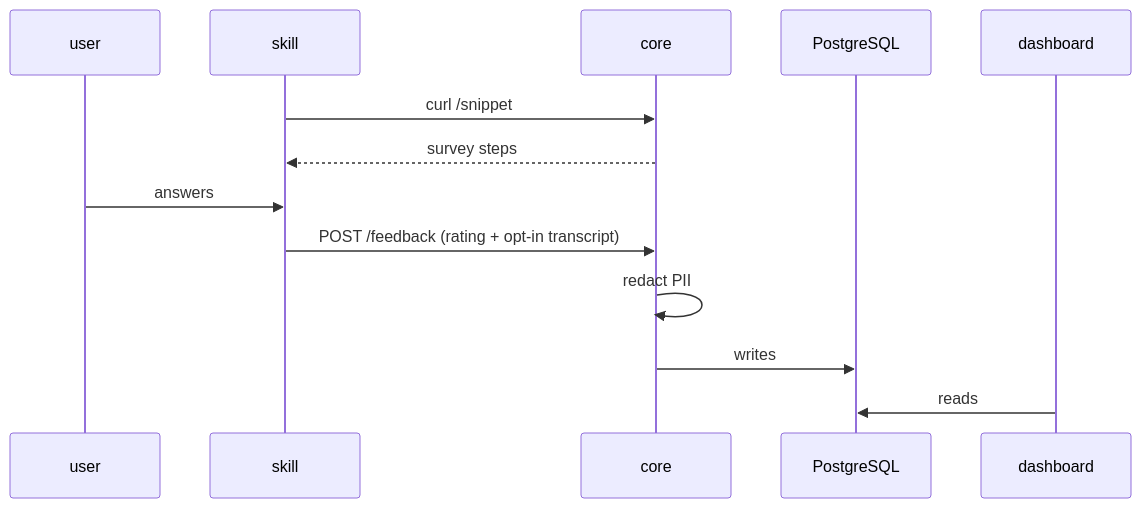
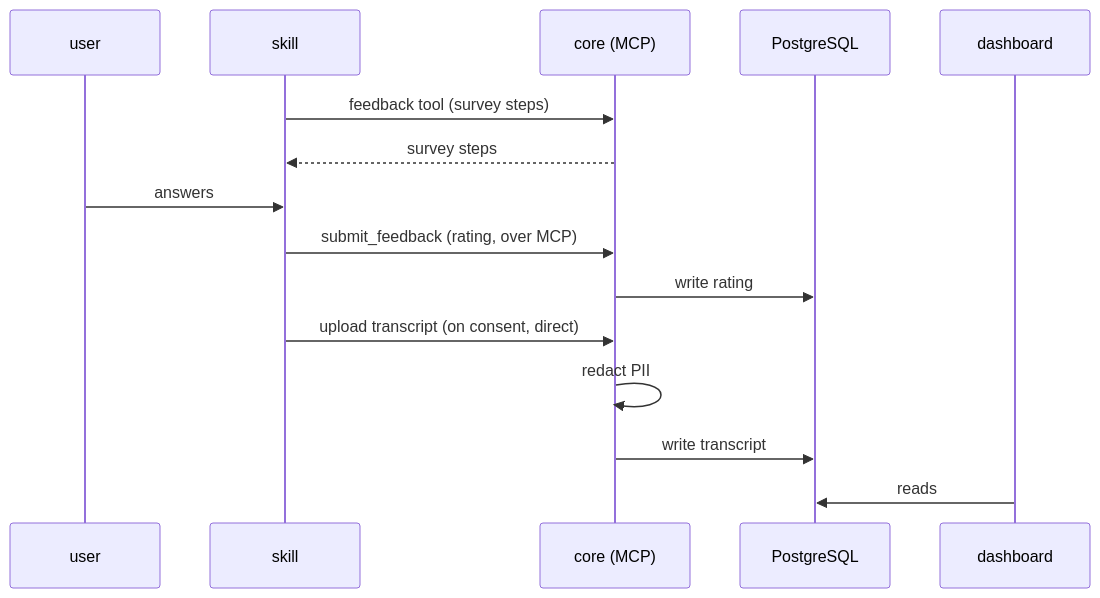
One commit to HikmetB1/RateXp changed the diagram in README.md. Above: the diagram before and after it, drawn with Mermaid. The commit also changed other lines of this file and 44 other files, not shown here.

Commit message:
feat: replace http snippet flow with mcp feedback tools and direct transcript upload

````diff
--- a/README.md
+++ b/README.md
@@ -34,16 +34,18 @@
 ```mermaid
 sequenceDiagram
     participant U as user
     participant S as skill
-    participant C as core
+    participant C as core (MCP)
     participant DB as PostgreSQL
     participant D as dashboard
 
-    S->>C: curl /snippet
+    S->>C: feedback tool (survey steps)
     C-->>S: survey steps
     U->>S: answers
-    S->>C: POST /feedback (rating + opt-in transcript)
+    S->>C: submit_feedback (rating, over MCP)
+    C->>DB: write rating
+    S->>C: upload transcript (on consent, direct)
     C->>C: redact PII
-    C->>DB: writes
+    C->>DB: write transcript
     D->>DB: reads
 ```
````
